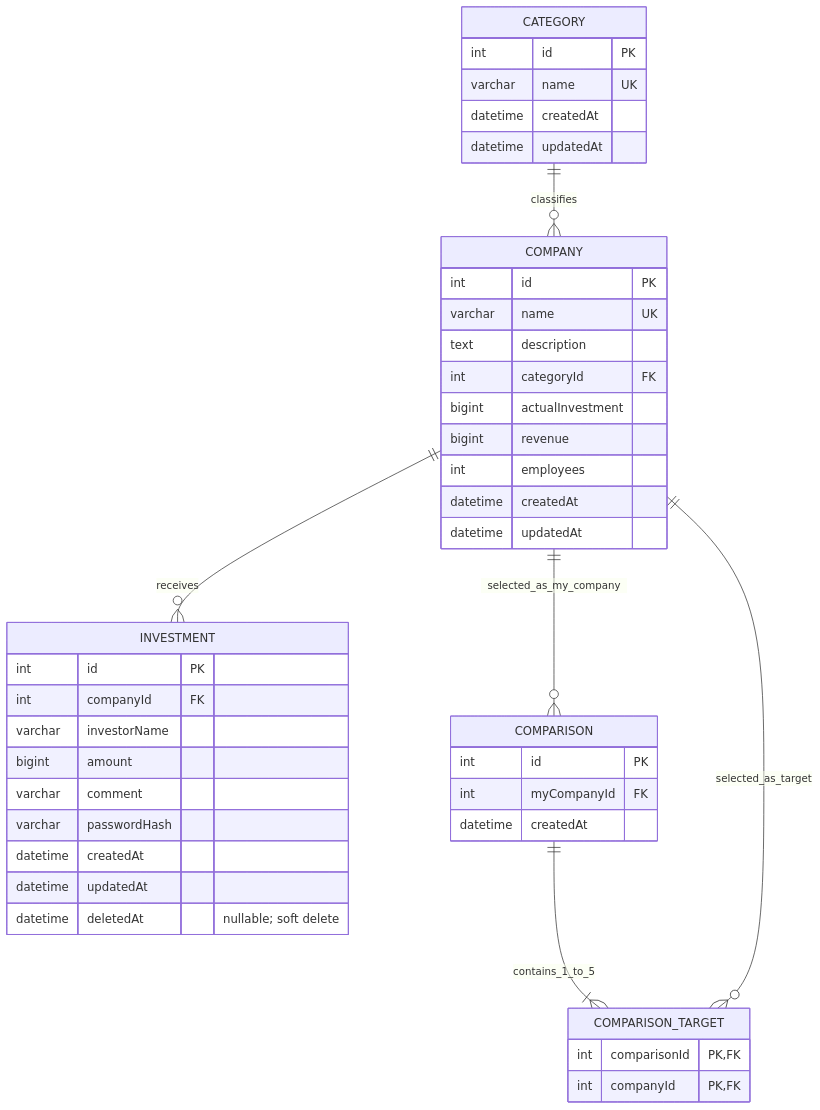
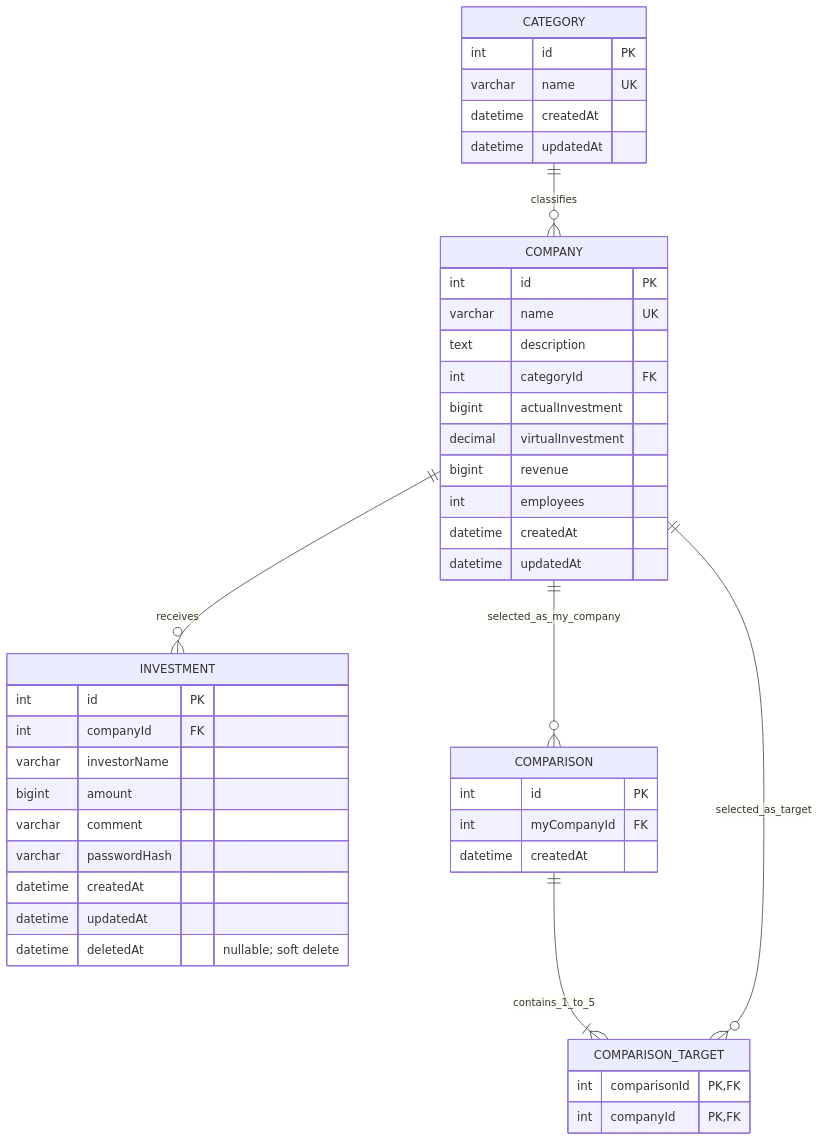
Before and after one commit to CodeitSprintTeam2/NextUnicorn-app: the diagram in docs/DATABASE.md, drawn with Mermaid. The commit also changed other lines of this file and 9 other files, not shown here.

````diff
--- a/docs/DATABASE.md
+++ b/docs/DATABASE.md
@@ -38,50 +39,51 @@
 ```mermaid
 erDiagram
     CATEGORY ||--o{ COMPANY : classifies
     COMPANY ||--o{ INVESTMENT : receives
     COMPANY ||--o{ COMPARISON : selected_as_my_company
     COMPARISON ||--|{ COMPARISON_TARGET : contains_1_to_5
     COMPANY ||--o{ COMPARISON_TARGET : selected_as_target
 
     CATEGORY {
         int id PK
         varchar name UK
         datetime createdAt
         datetime updatedAt
     }
 
     COMPANY {
         int id PK
         varchar name UK
         text description
         int categoryId FK
         bigint actualInvestment
+        decimal virtualInvestment
         bigint revenue
         int employees
         datetime createdAt
         datetime updatedAt
     }
 
     INVESTMENT {
         int id PK
         int companyId FK
         varchar investorName
         bigint amount
         varchar comment
         varchar passwordHash
         datetime createdAt
         datetime updatedAt
         datetime deletedAt "nullable; soft delete"
     }
 
     COMPARISON {
         int id PK
         int myCompanyId FK
         datetime createdAt
     }
 
     COMPARISON_TARGET {
         int comparisonId PK,FK
         int companyId PK,FK
     }
 ```
````
